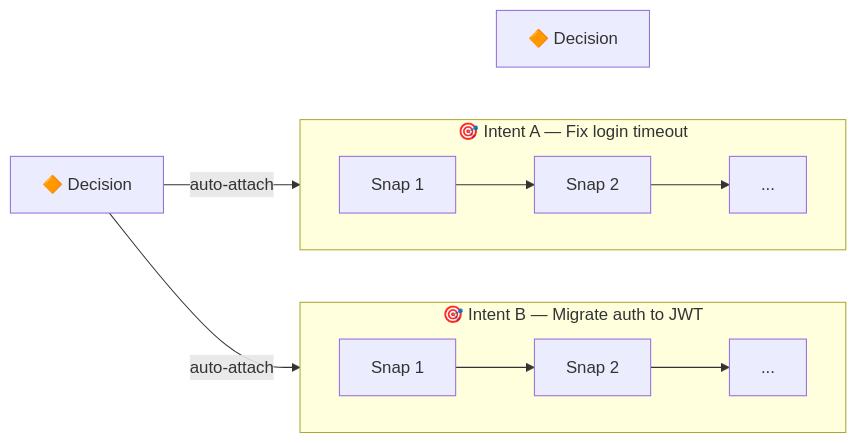
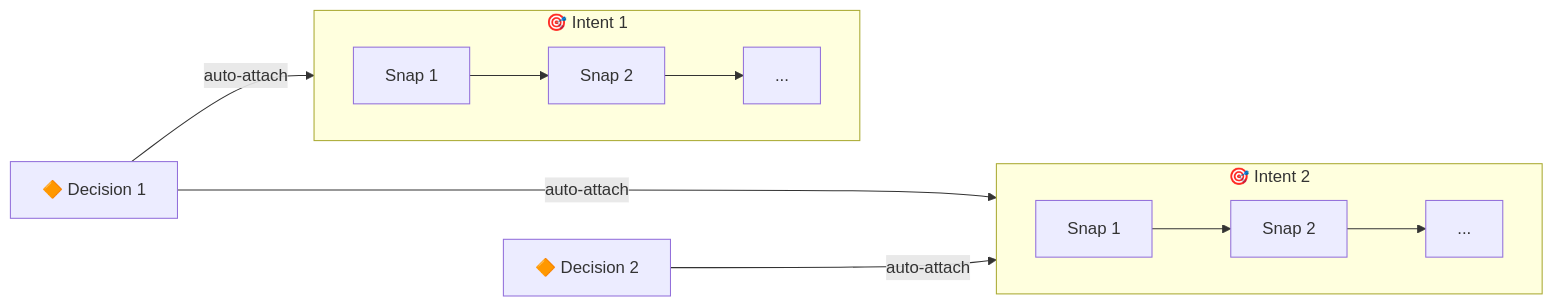
Before and after one commit to dozybot001/Intent: the second of 2 diagrams in README.md, drawn with Mermaid. The commit also changed 1 other file, not shown here.

Commit message:
Use numbered labels, D2 auto-attach to Intent 2

````diff
--- a/README.md
+++ b/README.md
@@ -56,19 +56,20 @@
 ```mermaid
 flowchart LR
-  D1["🔶 Decision"]
-  D2["🔶 Decision"]
+  D1["🔶 Decision 1"]
+  D2["🔶 Decision 2"]
   D1 ~~~ D2
 
-  subgraph IntentA["🎯 Intent A — Fix login timeout"]
+  subgraph Intent1["🎯 Intent 1"]
     direction LR
     S1["Snap 1"] --> S2["Snap 2"] --> S3["..."]
   end
 
-  subgraph IntentB["🎯 Intent B — Migrate auth to JWT"]
+  subgraph Intent2["🎯 Intent 2"]
     direction LR
     S4["Snap 1"] --> S5["Snap 2"] --> S6["..."]
   end
 
-  D1 -- auto-attach --> IntentA
-  D1 -- auto-attach --> IntentB
+  D1 -- auto-attach --> Intent1
+  D1 -- auto-attach --> Intent2
+  D2 -- auto-attach --> Intent2
 ```
````
